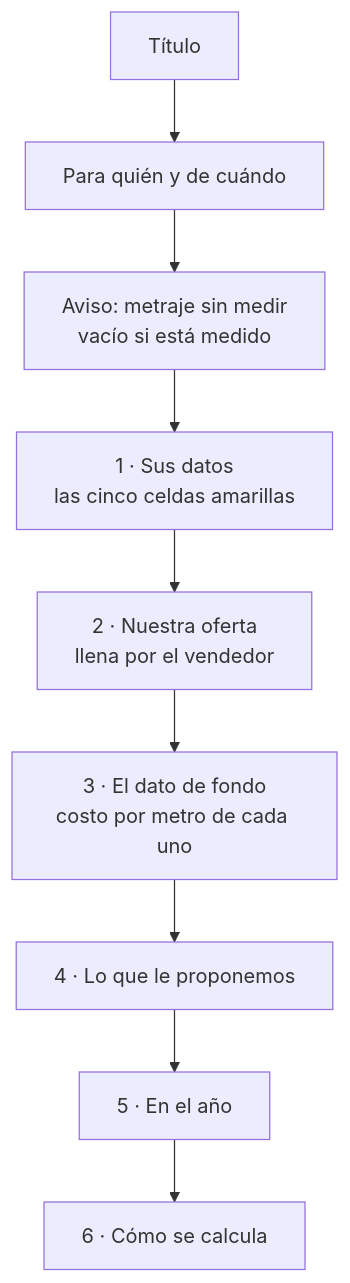
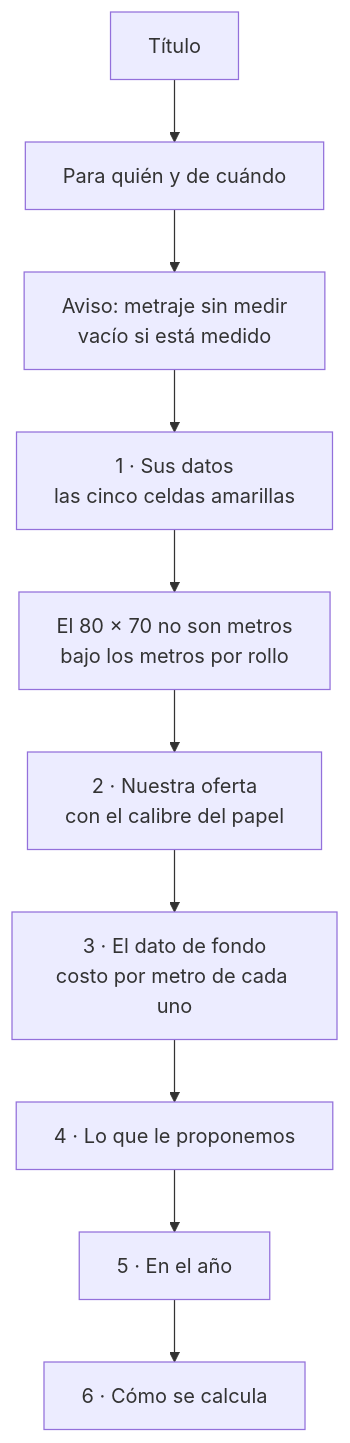
The diagram in docs/05-modulos/7.10-comparador-de-rendimiento.md (papeleriacomercial/sgv-pacsa), drawn with Mermaid before and after one commit. The commit also changed other lines of this file and 11 other files, not shown here.

````diff
--- a/docs/05-modulos/7.10-comparador-de-rendimiento.md
+++ b/docs/05-modulos/7.10-comparador-de-rendimiento.md
@@ -180,13 +180,14 @@
 ```mermaid
 flowchart TD
   E1["Título"]
   E2["Para quién y de cuándo"]
   E3["Aviso: metraje sin medir<br/>vacío si está medido"]
   E4["1 · Sus datos<br/>las cinco celdas amarillas"]
-  E5["2 · Nuestra oferta<br/>llena por el vendedor"]
+  E4b["El 80 × 70 no son metros<br/>bajo los metros por rollo"]
+  E5["2 · Nuestra oferta<br/>con el calibre del papel"]
   E6["3 · El dato de fondo<br/>costo por metro de cada uno"]
   E7["4 · Lo que le proponemos"]
   E8["5 · En el año"]
   E9["6 · Cómo se calcula"]
-  E1 --> E2 --> E3 --> E4 --> E5 --> E6 --> E7 --> E8 --> E9
+  E1 --> E2 --> E3 --> E4 --> E4b --> E5 --> E6 --> E7 --> E8 --> E9
 ```
````
